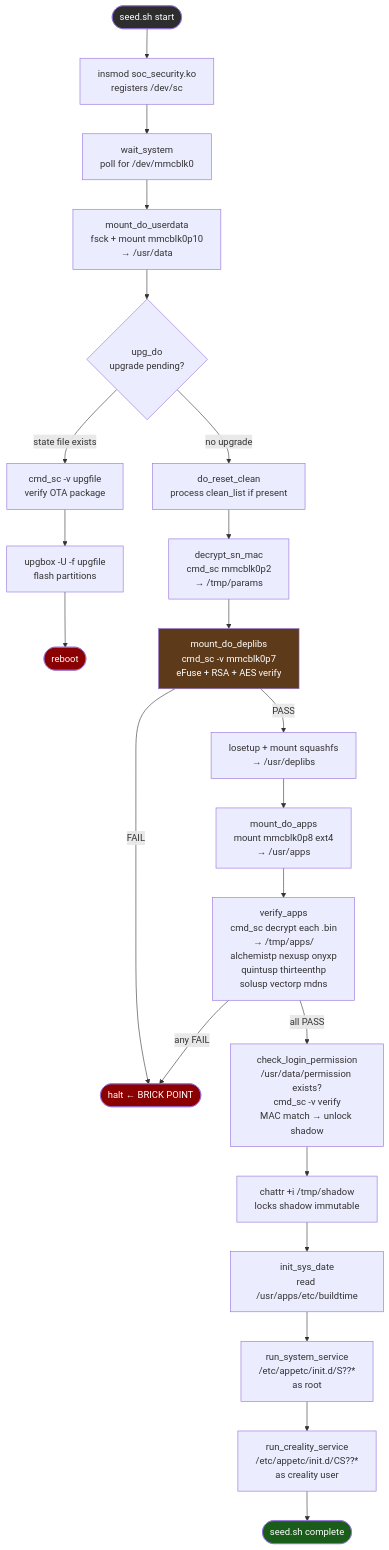
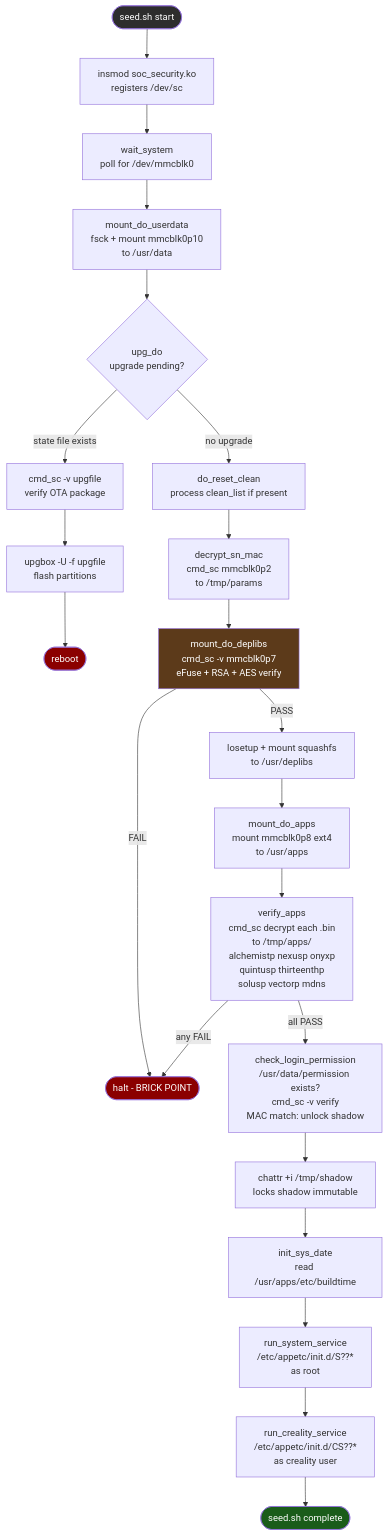
Before and after one commit to ahanel13/creality-k1c-2025-analysis: the second of 6 diagrams in notes/flows.md, drawn with Mermaid. The commit also changed other lines of this file, not shown here.

Commit message:
Fix Mermaid diagrams for GitHub rendering

````diff
--- a/notes/flows.md
+++ b/notes/flows.md
@@ -33,30 +33,30 @@
 ```mermaid
 flowchart TD
-    A([seed.sh start]) --> B[insmod soc_security.ko\nregisters /dev/sc]
-    B --> C[wait_system\npoll for /dev/mmcblk0]
-    C --> D[mount_do_userdata\nfsck + mount mmcblk0p10\n→ /usr/data]
-    D --> E{upg_do\nupgrade pending?}
-    E -->|state file exists| F[cmd_sc -v upgfile\nverify OTA package]
-    F --> G[upgbox -U -f upgfile\nflash partitions]
+    A([seed.sh start]) --> B["insmod soc_security.ko<br/>registers /dev/sc"]
+    B --> C["wait_system<br/>poll for /dev/mmcblk0"]
+    C --> D["mount_do_userdata<br/>fsck + mount mmcblk0p10<br/>to /usr/data"]
+    D --> E{upg_do<br/>upgrade pending?}
+    E -->|state file exists| F["cmd_sc -v upgfile<br/>verify OTA package"]
+    F --> G["upgbox -U -f upgfile<br/>flash partitions"]
     G --> H([reboot])
-    E -->|no upgrade| I[do_reset_clean\nprocess clean_list if present]
-    I --> J[decrypt_sn_mac\ncmd_sc mmcblk0p2\n→ /tmp/params]
-    J --> K[mount_do_deplibs\ncmd_sc -v mmcblk0p7\neFuse + RSA + AES verify]
-    K -->|FAIL| L([halt ← BRICK POINT])
-    K -->|PASS| M[losetup + mount squashfs\n→ /usr/deplibs]
-    M --> N[mount_do_apps\nmount mmcblk0p8 ext4\n→ /usr/apps]
-    N --> O[verify_apps\ncmd_sc decrypt each .bin\n→ /tmp/apps/\nalchemistp nexusp onyxp\nquintusp thirteenthp\nsolusp vectorp mdns]
+    E -->|no upgrade| I["do_reset_clean<br/>process clean_list if present"]
+    I --> J["decrypt_sn_mac<br/>cmd_sc mmcblk0p2<br/>to /tmp/params"]
+    J --> K["mount_do_deplibs<br/>cmd_sc -v mmcblk0p7<br/>eFuse + RSA + AES verify"]
+    K -->|FAIL| L([halt - BRICK POINT])
+    K -->|PASS| M["losetup + mount squashfs<br/>to /usr/deplibs"]
+    M --> N["mount_do_apps<br/>mount mmcblk0p8 ext4<br/>to /usr/apps"]
+    N --> O["verify_apps<br/>cmd_sc decrypt each .bin<br/>to /tmp/apps/<br/>alchemistp nexusp onyxp<br/>quintusp thirteenthp<br/>solusp vectorp mdns"]
     O -->|any FAIL| L
-    O -->|all PASS| P[check_login_permission\n/usr/data/permission exists?\ncmd_sc -v verify\nMAC match → unlock shadow]
-    P --> Q[chattr +i /tmp/shadow\nlocks shadow immutable]
-    Q --> R[init_sys_date\nread /usr/apps/etc/buildtime]
-    R --> S[run_system_service\n/etc/appetc/init.d/S??*\nas root]
-    S --> T[run_creality_service\n/etc/appetc/init.d/CS??*\nas creality user]
+    O -->|all PASS| P["check_login_permission<br/>/usr/data/permission exists?<br/>cmd_sc -v verify<br/>MAC match: unlock shadow"]
+    P --> Q["chattr +i /tmp/shadow<br/>locks shadow immutable"]
+    Q --> R["init_sys_date<br/>read /usr/apps/etc/buildtime"]
+    R --> S["run_system_service<br/>/etc/appetc/init.d/S??*<br/>as root"]
+    S --> T["run_creality_service<br/>/etc/appetc/init.d/CS??*<br/>as creality user"]
     T --> U([seed.sh complete])
 
     style A fill:#2d2d2d,color:#fff
     style L fill:#8b0000,color:#fff
     style H fill:#8b0000,color:#fff
     style U fill:#1a5c1a,color:#fff
     style K fill:#5c3a1a,color:#fff
 ```
````
